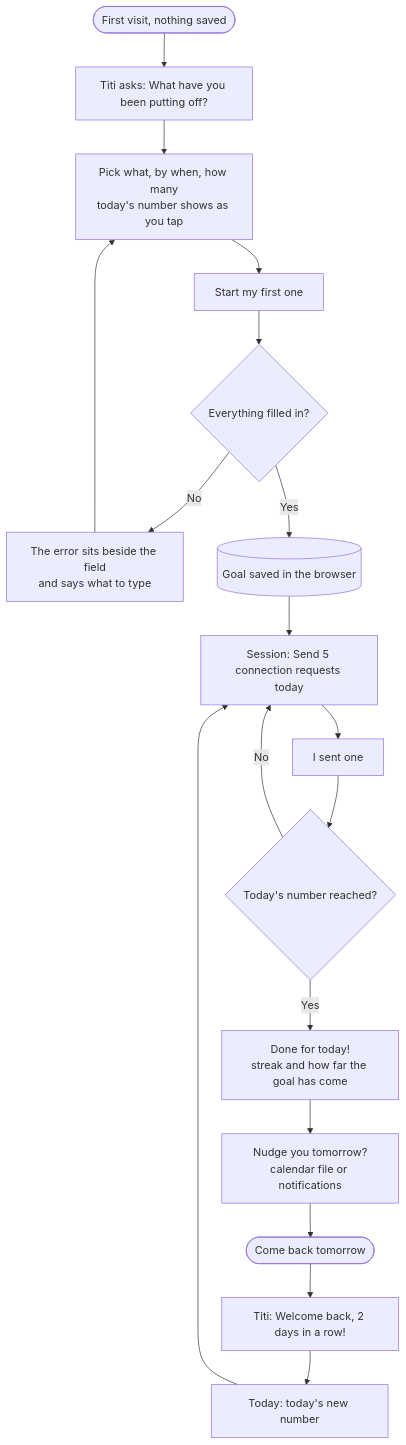
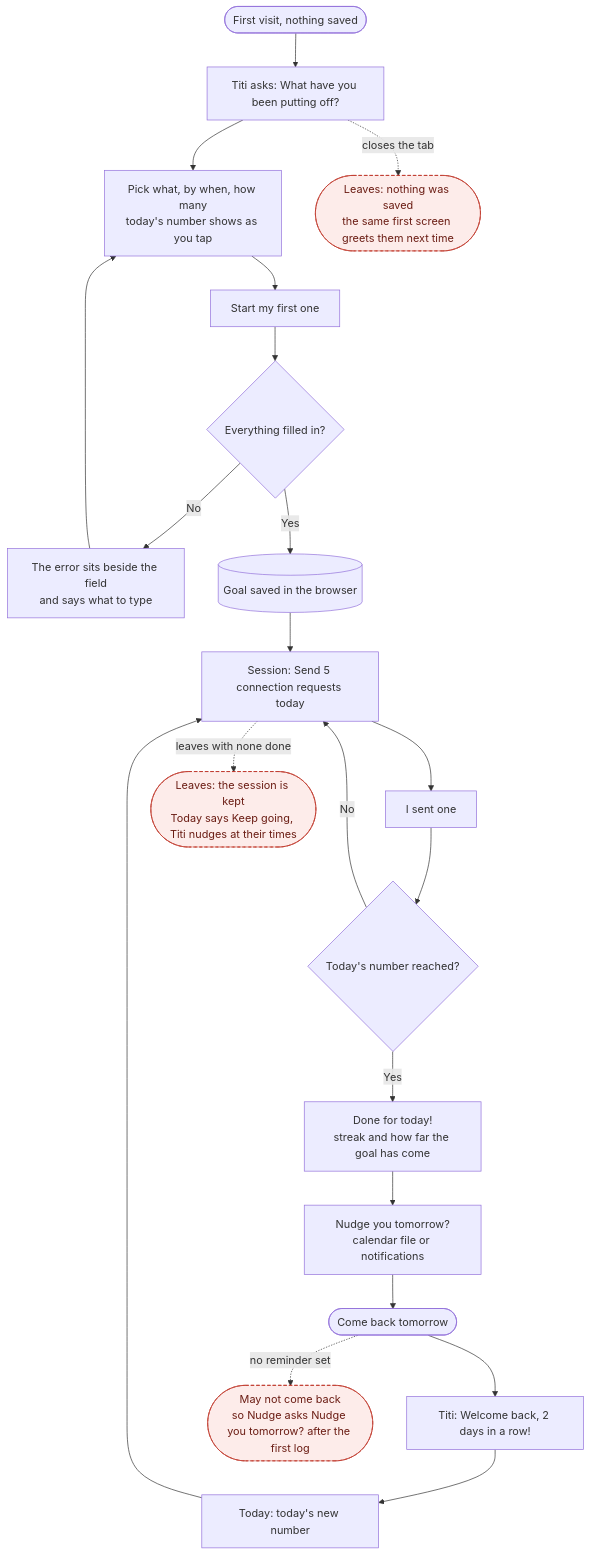
The diagram in README.md (jessieyiqichen/dbs-a3), drawn with Mermaid before and after one commit. The commit also changed other lines of this file and 2 other files, not shown here.

Commit message:
docs: drop-off points in the flows; screen-reader and enough-time checks in README

````diff
--- a/README.md
+++ b/README.md
@@ -19,19 +19,24 @@
 ```mermaid
 flowchart TD
     A([First visit, nothing saved]) --> P[Titi asks: What have you been putting off?]
     P --> PK[Pick what, by when, how many<br>today's number shows as you tap]
     PK --> ST[Start my first one]
     ST --> V{Everything filled in?}
     V -->|No| E[The error sits beside the field<br>and says what to type] --> PK
     V -->|Yes| SV[(Goal saved in the browser)]
     SV --> S[Session: Send 5 connection requests today]
     S --> I[I sent one]
     I --> R{Today's number reached?}
     R -->|No| S
     R -->|Yes| D[Done for today!<br>streak and how far the goal has come]
     D --> N[Nudge you tomorrow?<br>calendar file or notifications]
     N --> CB([Come back tomorrow])
     CB --> W[Titi: Welcome back, 2 days in a row!]
     W --> T[Today: today's new number]
     T --> S
+    P -.->|closes the tab| X1([Leaves: nothing was saved<br>the same first screen greets them next time])
+    S -.->|leaves with none done| X2([Leaves: the session is kept<br>Today says Keep going, Titi nudges at their times])
+    CB -.->|no reminder set| X3([May not come back<br>so Nudge asks Nudge you tomorrow? after the first log])
+    classDef drop fill:#fdecea,stroke:#c0392b,stroke-dasharray:5 3,color:#6b1d14
+    class X1,X2,X3 drop
 ```
````
